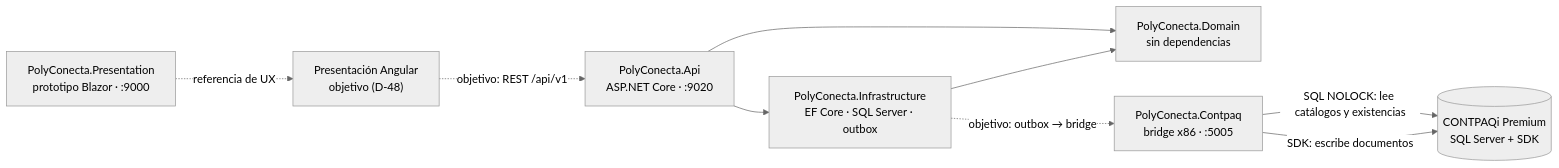
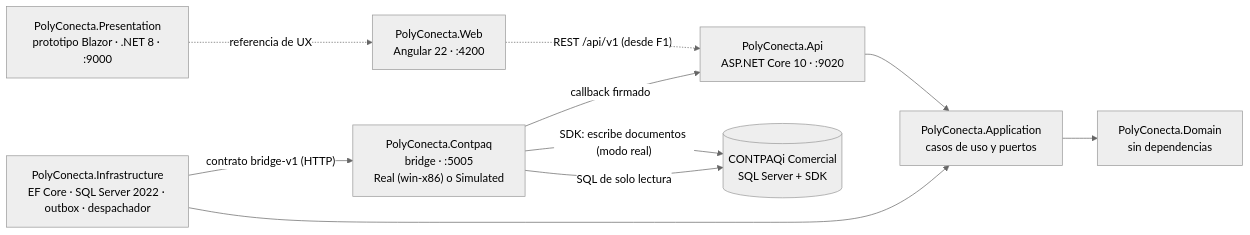
The diagram in docs/diseno/05-arquitectura-tecnica.md (INNATOS-SYSTEMS/Polyconecta), drawn with Mermaid (neutral theme) before and after one commit. The commit also changed other lines of this file and 4 other files, not shown here.

````diff
--- a/docs/diseno/05-arquitectura-tecnica.md
+++ b/docs/diseno/05-arquitectura-tecnica.md
@@ -22,18 +22,20 @@
 ```mermaid
 flowchart LR
-    UI["Presentación Angular<br/>objetivo (D-48)"]
-    PROTO["PolyConecta.Presentation<br/>prototipo Blazor · :9000"]
-    API["PolyConecta.Api<br/>ASP.NET Core · :9020"]
-    INF["PolyConecta.Infrastructure<br/>EF Core · SQL Server · outbox"]
+    WEB["PolyConecta.Web<br/>Angular 22 · :4200"]
+    PROTO["PolyConecta.Presentation<br/>prototipo Blazor · .NET 8 · :9000"]
+    API["PolyConecta.Api<br/>ASP.NET Core 10 · :9020"]
+    APP["PolyConecta.Application<br/>casos de uso y puertos"]
+    INF["PolyConecta.Infrastructure<br/>EF Core · SQL Server 2022 · outbox · despachador"]
     DOM["PolyConecta.Domain<br/>sin dependencias"]
-    BR["PolyConecta.Contpaq<br/>bridge x86 · :5005"]
-    ERP[("CONTPAQi Premium<br/>SQL Server + SDK")]
+    BR["PolyConecta.Contpaq<br/>bridge · :5005<br/>Real (win-x86) o Simulated"]
+    ERP[("CONTPAQi Comercial<br/>SQL Server + SDK")]
 
-    UI -. "objetivo: REST /api/v1" .-> API
-    PROTO -. "referencia de UX" .-> UI
-    API --> INF --> DOM
-    API --> DOM
-    INF -. "objetivo: outbox → bridge" .-> BR
-    BR -- "SDK: escribe documentos" --> ERP
-    BR -- "SQL NOLOCK: lee catálogos y existencias" --> ERP
+    WEB -. "REST /api/v1 (desde F1)" .-> API
+    PROTO -. "referencia de UX" .-> WEB
+    API --> APP --> DOM
+    INF --> APP
+    INF -- "contrato bridge-v1 (HTTP)" --> BR
+    BR -- "callback firmado" --> API
+    BR -- "SDK: escribe documentos (modo real)" --> ERP
+    BR -- "SQL de solo lectura" --> ERP
 ```
````
